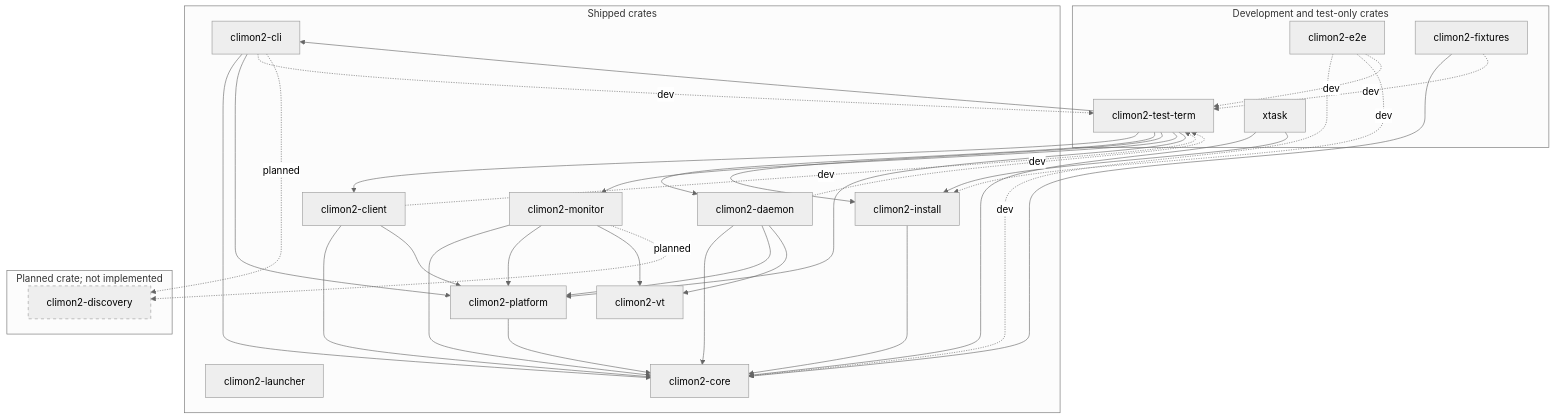
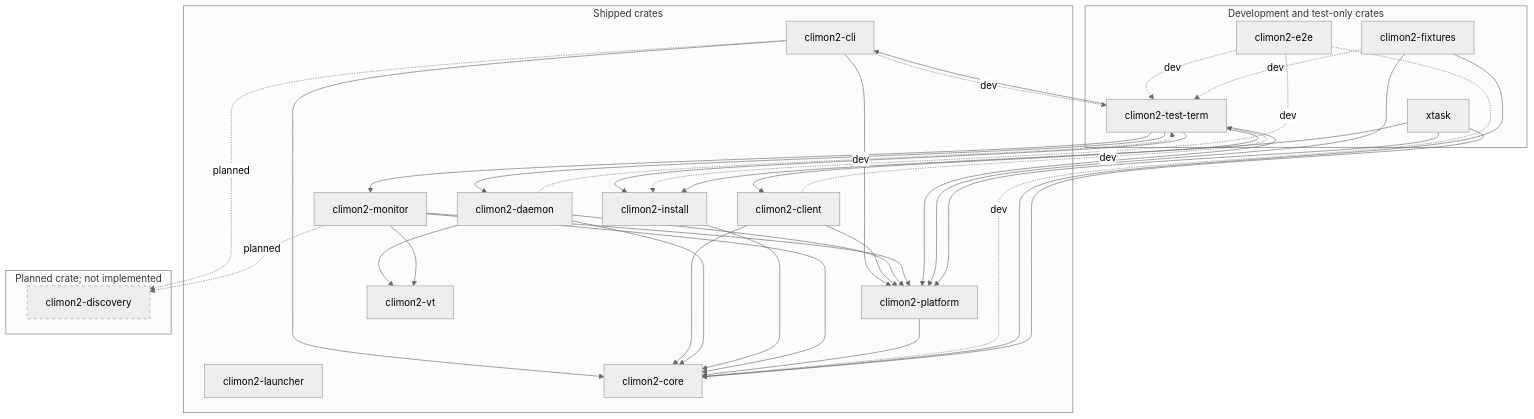
Before and after one commit to jackgeek/climon2: the diagram in docs/crate-relationships.md, drawn with Mermaid (neutral theme). The commit also changed other lines of this file and 10 other files, not shown here.

````diff
--- a/docs/crate-relationships.md
+++ b/docs/crate-relationships.md
@@ -10,58 +10,60 @@
 ```mermaid
 flowchart TB
     subgraph shipped["Shipped crates"]
         launcher["climon2-launcher"]
         cli["climon2-cli"]
         client["climon2-client"]
         daemon["climon2-daemon"]
         install["climon2-install"]
         monitor["climon2-monitor"]
         platform["climon2-platform"]
         core["climon2-core"]
         vt["climon2-vt"]
 
         cli --> core
         cli --> platform
         client --> core
         client --> platform
         daemon --> core
         daemon --> platform
         daemon --> vt
         install --> core
         monitor --> core
         monitor --> platform
         monitor --> vt
         platform --> core
     end
 
     subgraph development["Development and test-only crates"]
         test_term["climon2-test-term"]
         e2e["climon2-e2e"]
         fixtures["climon2-fixtures"]
         xtask["xtask"]
     end
 
     cli -.->|"dev"| test_term
     client -.->|"dev"| test_term
     daemon -.->|"dev"| test_term
     test_term --> cli
     test_term --> client
     test_term --> daemon
     test_term --> install
     test_term --> monitor
     test_term --> platform
     e2e -.->|"dev"| core
     e2e -.->|"dev"| install
     e2e -.->|"dev"| test_term
     fixtures --> core
+    fixtures --> platform
     fixtures -.->|"dev"| test_term
     xtask --> core
     xtask --> install
+    xtask --> platform
 
     subgraph planned["Planned crate; not implemented"]
         discovery["climon2-discovery"]
     end
     cli -.->|"planned"| discovery
     monitor -.->|"planned"| discovery
     style discovery stroke-dasharray: 5 5
 ```
````
